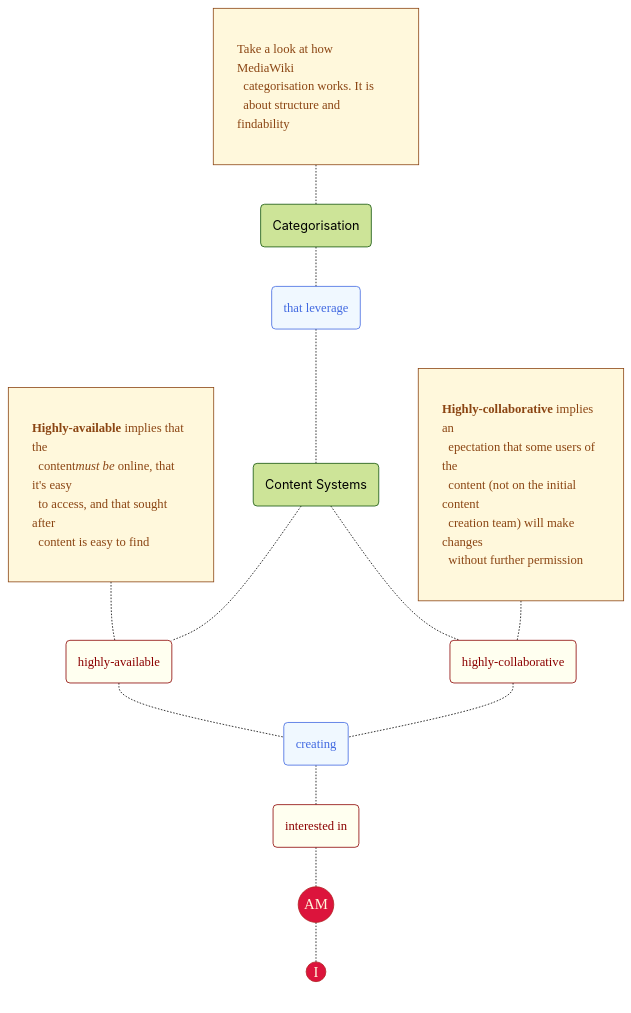
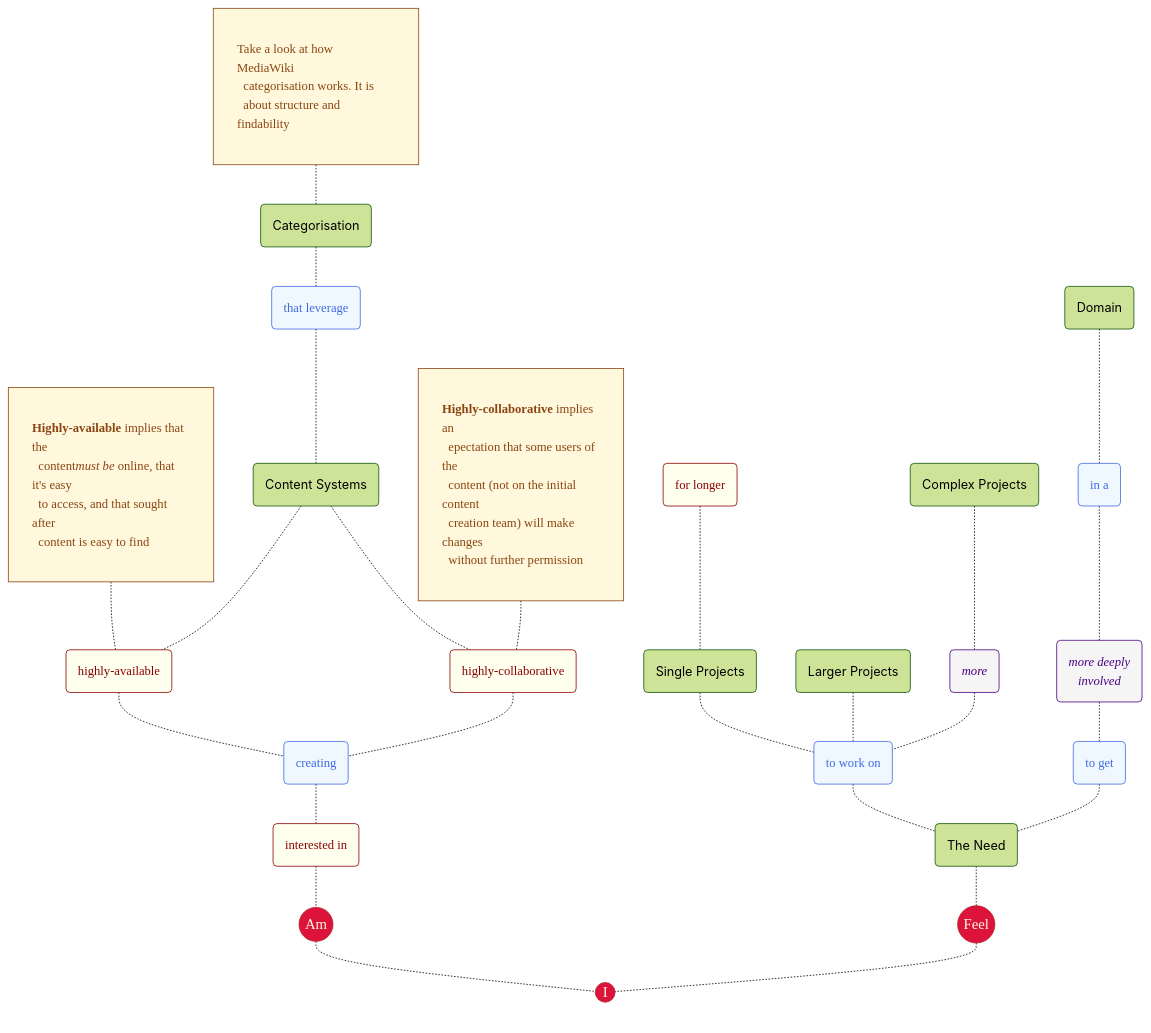
Before and after one commit to joe-dorward/samples: the diagram in my_mermaid_mindmap_2.md, drawn with Mermaid.

````diff
--- a/my_mermaid_mindmap_2.md
+++ b/my_mermaid_mindmap_2.md
@@ -10,7 +10,8 @@
 
   %% ========== ========== ========== ========== ==========
   I(("I")):::Start
-  AM(("AM")):::Start
+  %% ========== ========== ========== ========== ==========
+  AM(("Am")):::Start
 
   CATEGORISATION_NOTE["Take a look at how MediaWiki&ensp;<br/>&ensp;categorisation works. It is<br/>&ensp;about structure and findability"]
   HIGHLY_AVAILABLE_NOTE["<b>Highly-available</b> implies that the<br/>&ensp;content<i>must be</i> online, that it's easy<br/>&ensp;to access, and that sought after<br/>&ensp;content is easy to find"]  
@@ -46,4 +47,37 @@
   INTERESTED_IN-.-
   AM-.-
   I
+  %% ========== ========== ========== ========== ==========
+  FEEL(("Feel")):::Start
+
+  DOMAIN("Domain")
+  FOR_LONGER("for longer")
+  COMPLEX_PROJECTS("Complex Projects")
+  IN_A("in a")
+
+  SINGLE_PROJECTS("Single Projects")
+  LARGER_PROJECTS("Larger Projects")
+  MORE("more")
+  MORE_DEEPLY_INVOLVED("more deeply<br/>involved")
+
+  TO_WORK_ON("to work on")
+  FOR_LONGER("for longer")
+  TO_WORK_ON("to work on")
+  TO_GET("to get")
+  THE_NEED("The Need")
+
+  class TO_WORK_ON,TO_GET,IN_A Verb;
+  class MORE,MORE_DEEPLY_INVOLVED Adverb;
+  class FOR_LONGER,INVOLVED Adjective;
+
+  FOR_LONGER-.-SINGLE_PROJECTS-.-TO_WORK_ON
+  LARGER_PROJECTS-.-TO_WORK_ON
+  COMPLEX_PROJECTS-.-MORE-.-TO_WORK_ON
+
+  TO_WORK_ON-.-THE_NEED
+  DOMAIN-.-IN_A-.-MORE_DEEPLY_INVOLVED-.-TO_GET-.-THE_NEED
+
+  THE_NEED-.-
+  FEEL-.-
+  I
 ```
````
